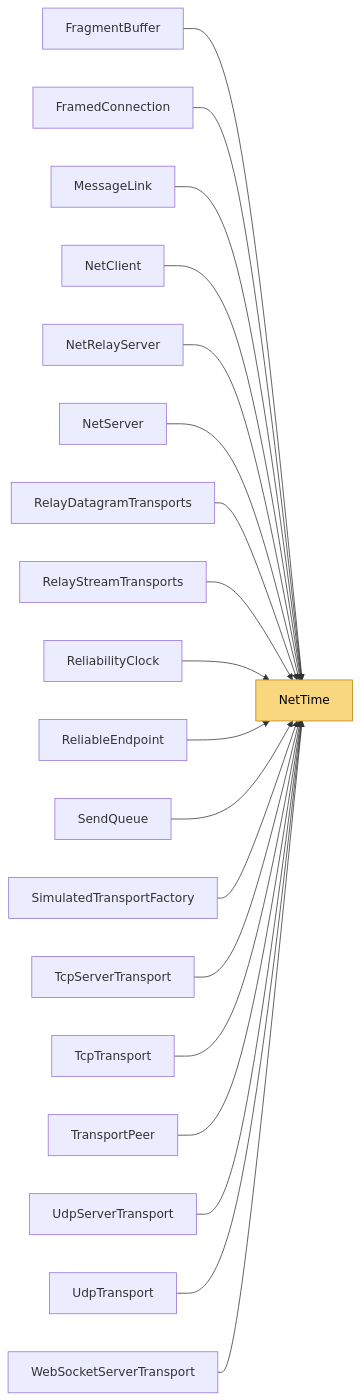
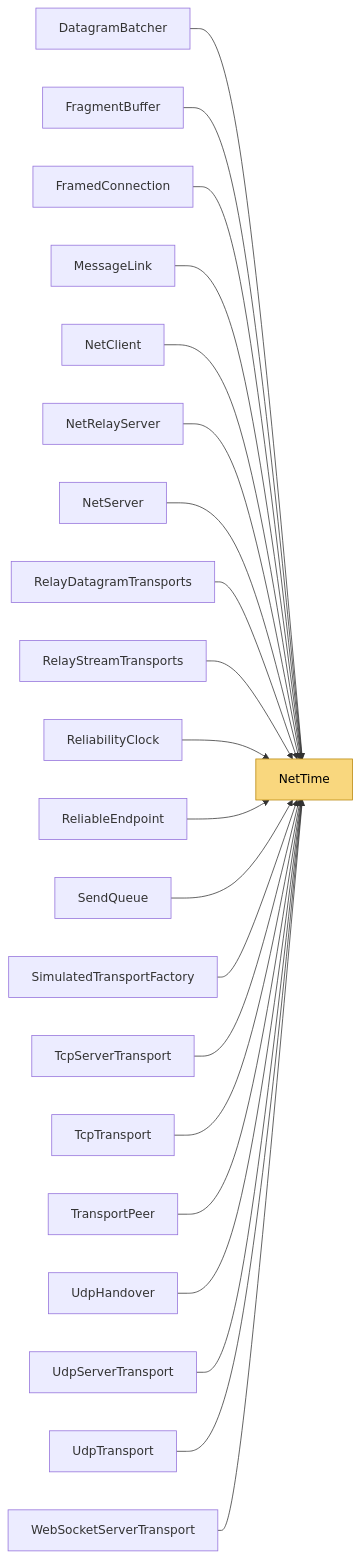
The diagram in docs/Code/Internal/NetTime.md (VladislavKresov/NetSync), drawn with Mermaid before and after one commit. The commit also changed other lines of this file and 56 other files, not shown here.

Commit message:
Docs: limitations and roadmap after rc.6 work; regenerated code reference

````diff
--- a/docs/Code/Internal/NetTime.md
+++ b/docs/Code/Internal/NetTime.md
@@ -54,23 +54,25 @@
 ```mermaid
 flowchart LR
   m_NetTime["NetTime"]:::self
+  m_DatagramBatcher["DatagramBatcher"] --> m_NetTime
   m_FragmentBuffer["FragmentBuffer"] --> m_NetTime
   m_FramedConnection["FramedConnection"] --> m_NetTime
   m_MessageLink["MessageLink"] --> m_NetTime
   m_NetClient["NetClient"] --> m_NetTime
   m_NetRelayServer["NetRelayServer"] --> m_NetTime
   m_NetServer["NetServer"] --> m_NetTime
   m_RelayDatagramTransports["RelayDatagramTransports"] --> m_NetTime
   m_RelayStreamTransports["RelayStreamTransports"] --> m_NetTime
   m_ReliabilityClock["ReliabilityClock"] --> m_NetTime
   m_ReliableEndpoint["ReliableEndpoint"] --> m_NetTime
   m_SendQueue["SendQueue"] --> m_NetTime
   m_SimulatedTransportFactory["SimulatedTransportFactory"] --> m_NetTime
   m_TcpServerTransport["TcpServerTransport"] --> m_NetTime
   m_TcpTransport["TcpTransport"] --> m_NetTime
   m_TransportPeer["TransportPeer"] --> m_NetTime
+  m_UdpHandover["UdpHandover"] --> m_NetTime
   m_UdpServerTransport["UdpServerTransport"] --> m_NetTime
   m_UdpTransport["UdpTransport"] --> m_NetTime
   m_WebSocketServerTransport["WebSocketServerTransport"] --> m_NetTime
   classDef self fill:#f9d77e,stroke:#b8860b,color:#000
 ```
````
